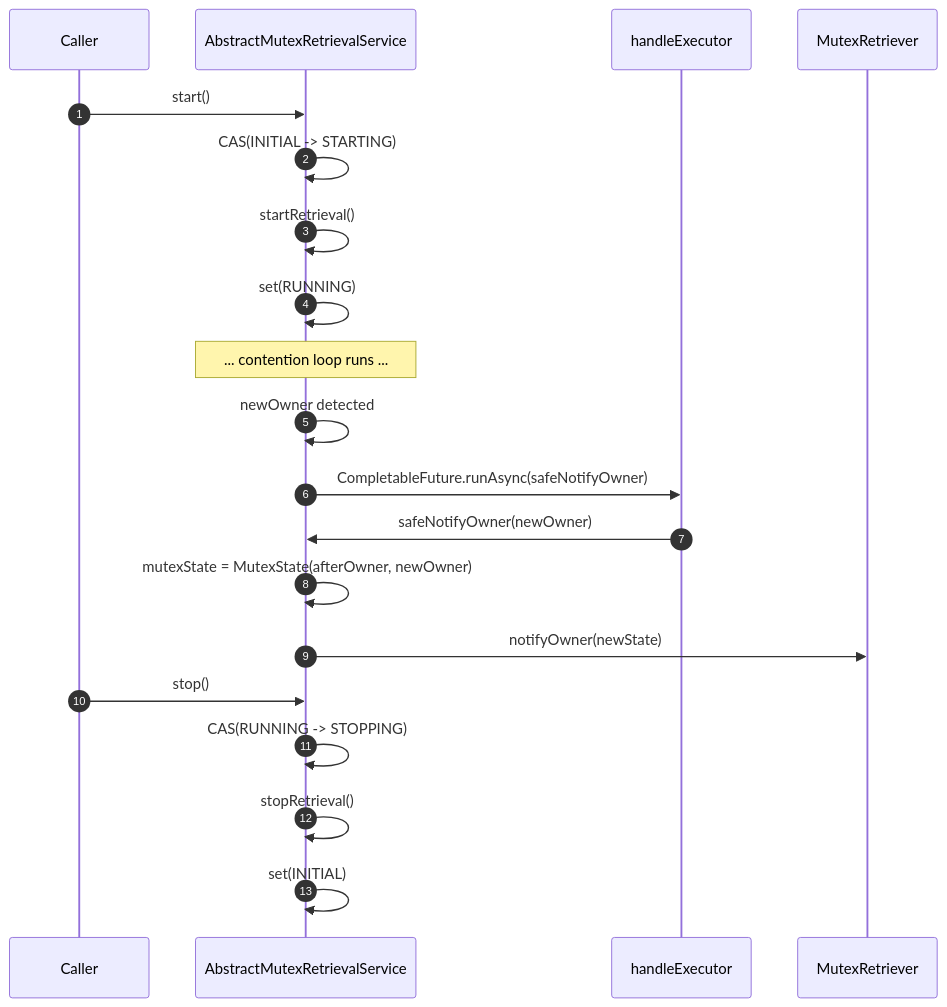
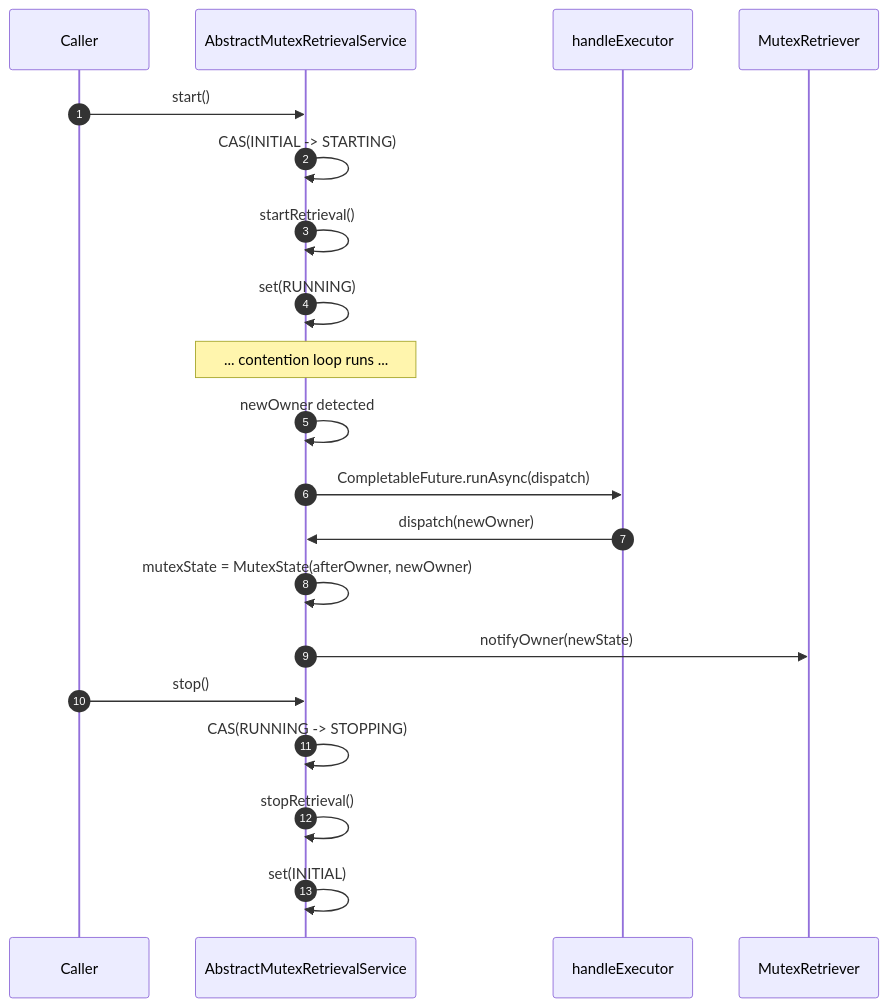
Before and after one commit to Ahoo-Wang/Simba: the fourth of 6 diagrams in wiki/architecture/core-abstractions.md, drawn with Mermaid. The commit also changed other lines of this file and 15 other files, not shown here.

First line of the commit message:
refactor(core)!: run owner callbacks outside the state lock (#556)

````diff
--- a/wiki/architecture/core-abstractions.md
+++ b/wiki/architecture/core-abstractions.md
@@ -226,26 +226,26 @@
 ```mermaid
 sequenceDiagram
 autonumber
     participant Caller as Caller
     participant ARS as AbstractMutexRetrievalService
     participant HE as handleExecutor
     participant R as MutexRetriever
 
     Caller->>ARS: start()
     ARS->>ARS: CAS(INITIAL -> STARTING)
     ARS->>ARS: startRetrieval()
     ARS->>ARS: set(RUNNING)
 
     Note over ARS: ... contention loop runs ...
 
     ARS->>ARS: newOwner detected
-    ARS->>HE: CompletableFuture.runAsync(safeNotifyOwner)
-    HE->>ARS: safeNotifyOwner(newOwner)
+    ARS->>HE: CompletableFuture.runAsync(dispatch)
+    HE->>ARS: dispatch(newOwner)
     ARS->>ARS: mutexState = MutexState(afterOwner, newOwner)
     ARS->>R: notifyOwner(newState)
 
     Caller->>ARS: stop()
     ARS->>ARS: CAS(RUNNING -> STOPPING)
     ARS->>ARS: stopRetrieval()
     ARS->>ARS: set(INITIAL)
 ```
````
